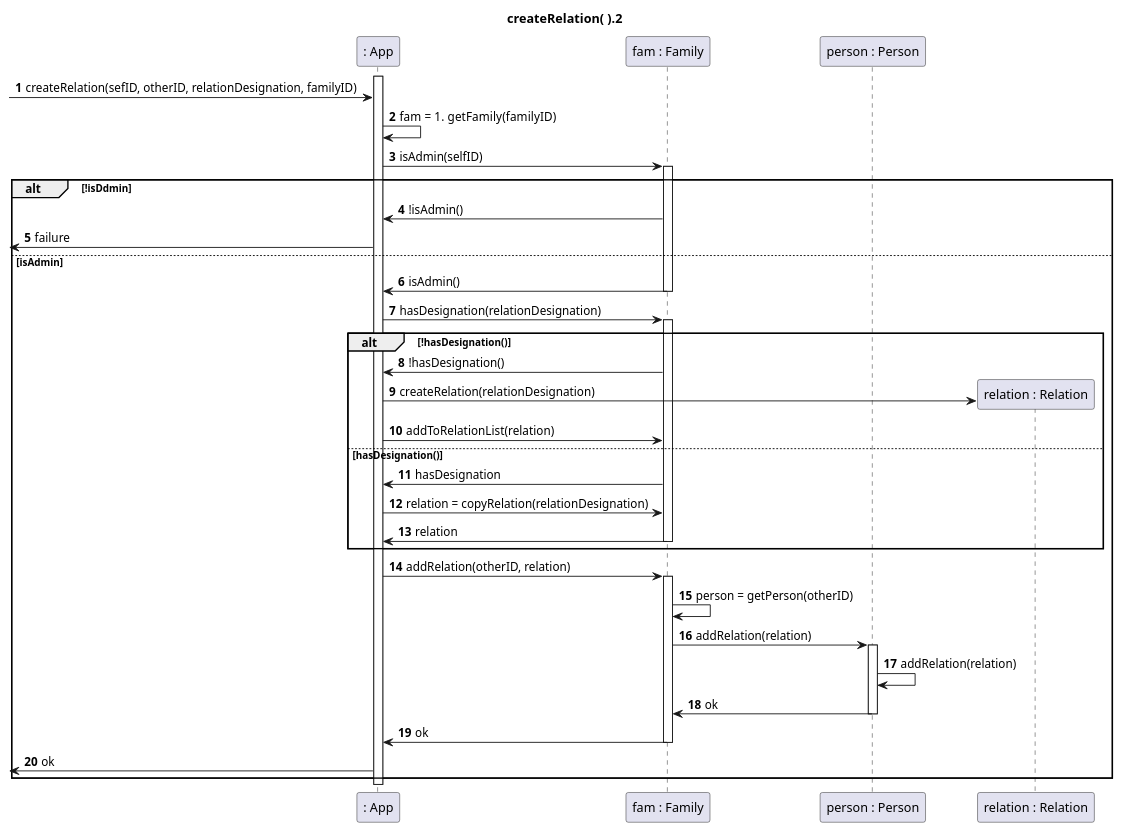
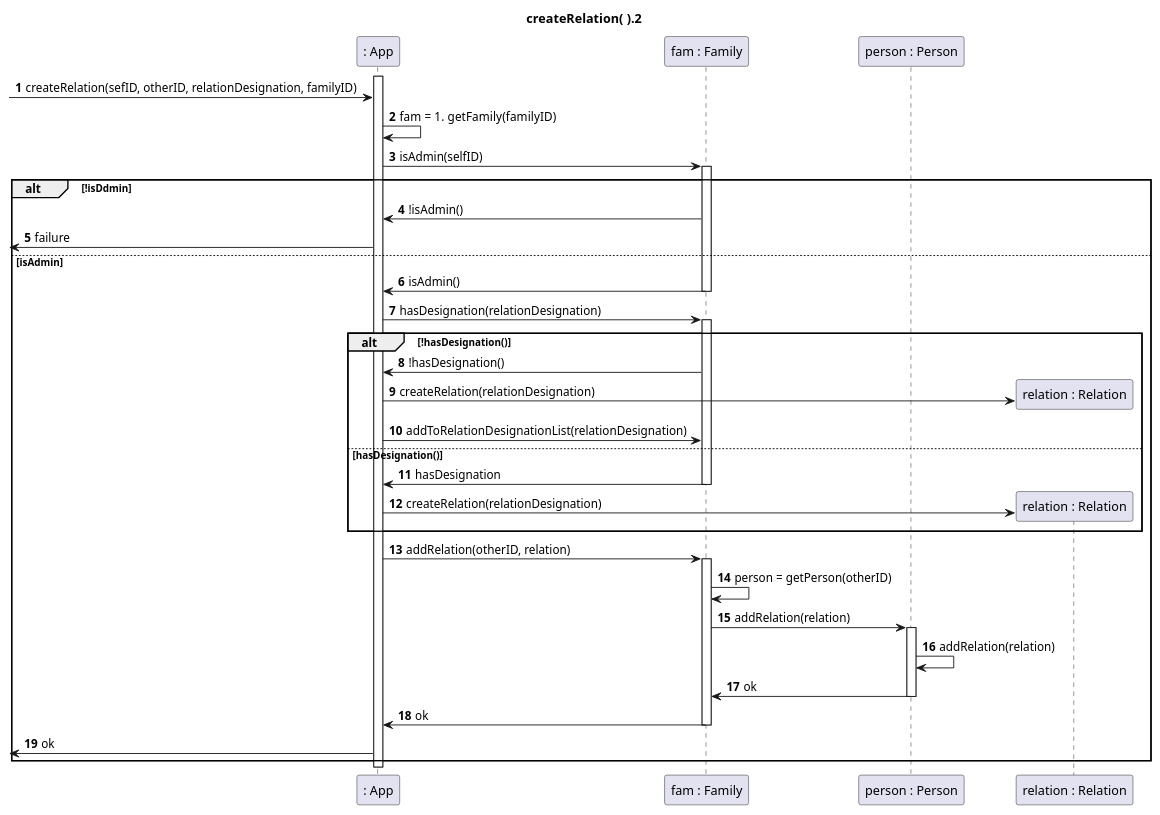
Before and after one commit to tomas-osswald/switch_2020_g3: the third of 4 diagrams in docs/US105 AddRelation.md, drawn with PlantUML. The commit also changed 1 other file, not shown here.

Commit message:
Changes in List of Relation Designation to be a List of Strings and Changes do Sequence Diagram to represent the changes

````diff
--- a/docs/US105 AddRelation.md
+++ b/docs/US105 AddRelation.md
@@ -131,59 +131,58 @@
 ```puml
 autonumber
 title createRelation( ).2
 
 participant ": App" as app
 participant "fam : Family" as fam
 participant "person : Person" as person
 
 activate app
 -> app : createRelation(sefID, otherID, relationDesignation, familyID)
 app -> app : fam =  1. getFamily(familyID)
 
 app -> fam : isAdmin(selfID)
 activate fam
 
 alt !isDdmin
 fam -> app : !isAdmin()
 <- app : failure
 
 else isAdmin
 
 fam -> app: isAdmin()
 deactivate fam
 app -> fam : hasDesignation(relationDesignation)
 activate fam
 
 alt !hasDesignation()
 fam -> app : !hasDesignation()
 
 
 app -> "relation : Relation"** : createRelation(relationDesignation)
-app -> fam : addToRelationList(relation)
+app -> fam : addToRelationDesignationList(relationDesignation)
 
 else hasDesignation()
 
 fam -> app : hasDesignation
-app -> fam : relation = copyRelation(relationDesignation)
-fam -> app : relation
 deactivate fam
+app -> "relation : Relation"** : createRelation(relationDesignation)
 
 end
 
 app -> fam : addRelation(otherID, relation)
 activate fam
 fam -> fam : person = getPerson(otherID)
 fam -> person : addRelation(relation)
 activate person
 person -> person : addRelation(relation)
 person -> fam : ok
 deactivate person
 fam -> app : ok
 deactivate fam
 <- app : ok
 
 end
 
 deactivate app
 
 ```
````
